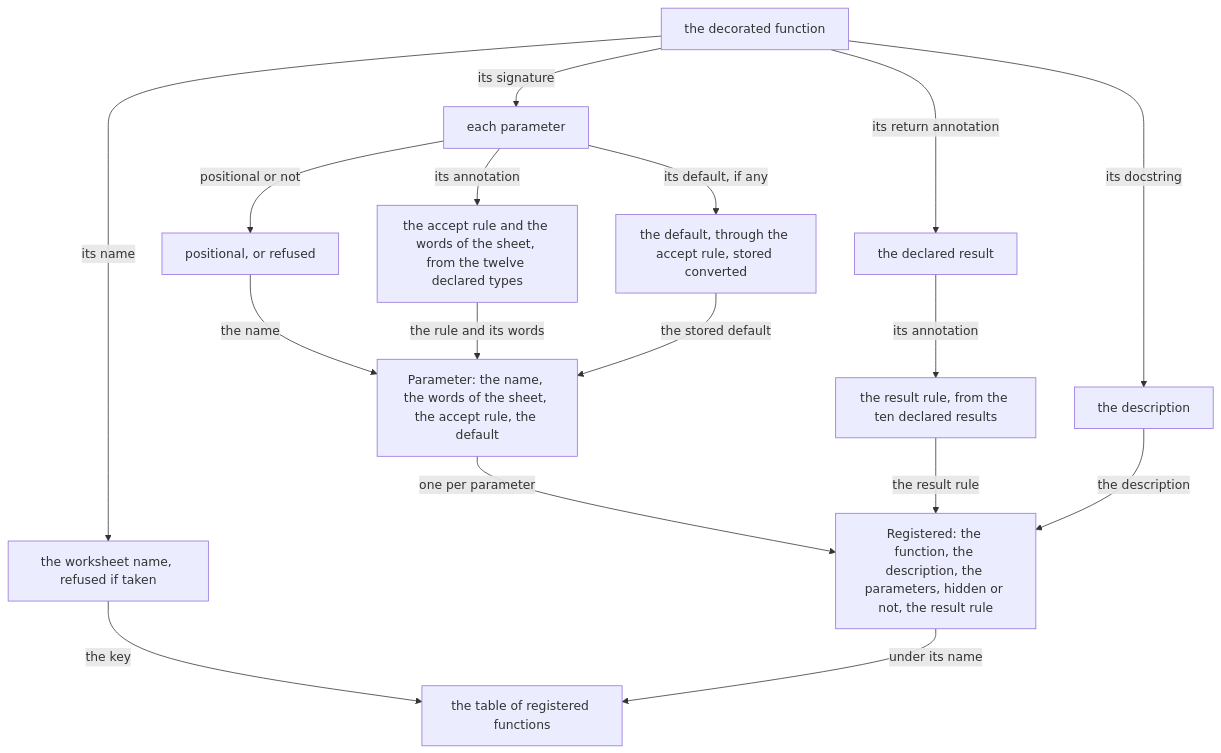
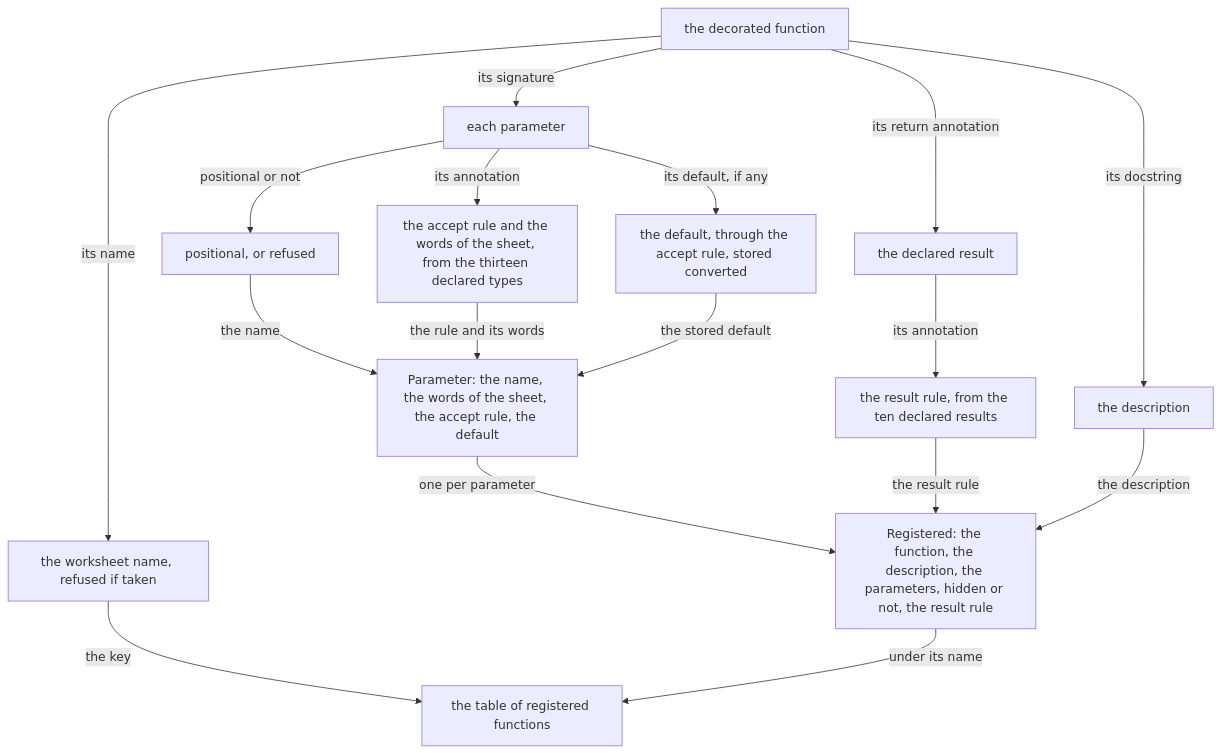
Before and after one commit to gobbles404/catalyst: the first of 3 diagrams in docs/seam/bridge.md, drawn with Mermaid. The commit also changed other lines of this file and 20 other files, not shown here.

````diff
--- a/docs/seam/bridge.md
+++ b/docs/seam/bridge.md
@@ -50,19 +50,19 @@
 ```mermaid
 flowchart TD
   Fn["the decorated function"] -->|"its name"| Name["the worksheet name, refused if taken"]
   Fn -->|"its signature"| Param["each parameter"]
   Fn -->|"its return annotation"| Result["the declared result"]
   Fn -->|"its docstring"| Desc["the description"]
   Param -->|"positional or not"| Positional["positional, or refused"]
-  Param -->|"its annotation"| Accept["the accept rule and the words of the sheet, from the twelve declared types"]
+  Param -->|"its annotation"| Accept["the accept rule and the words of the sheet, from the thirteen declared types"]
   Param -->|"its default, if any"| Default["the default, through the accept rule, stored converted"]
   Result -->|"its annotation"| Convert["the result rule, from the ten declared results"]
   Positional -->|"the name"| Parameter["Parameter: the name, the words of the sheet, the accept rule, the default"]
   Accept -->|"the rule and its words"| Parameter
   Default -->|"the stored default"| Parameter
   Parameter -->|"one per parameter"| Registered["Registered: the function, the description, the parameters, hidden or not, the result rule"]
   Convert -->|"the result rule"| Registered
   Desc -->|"the description"| Registered
   Name -->|"the key"| Table["the table of registered functions"]
   Registered -->|"under its name"| Table
 ```
````
